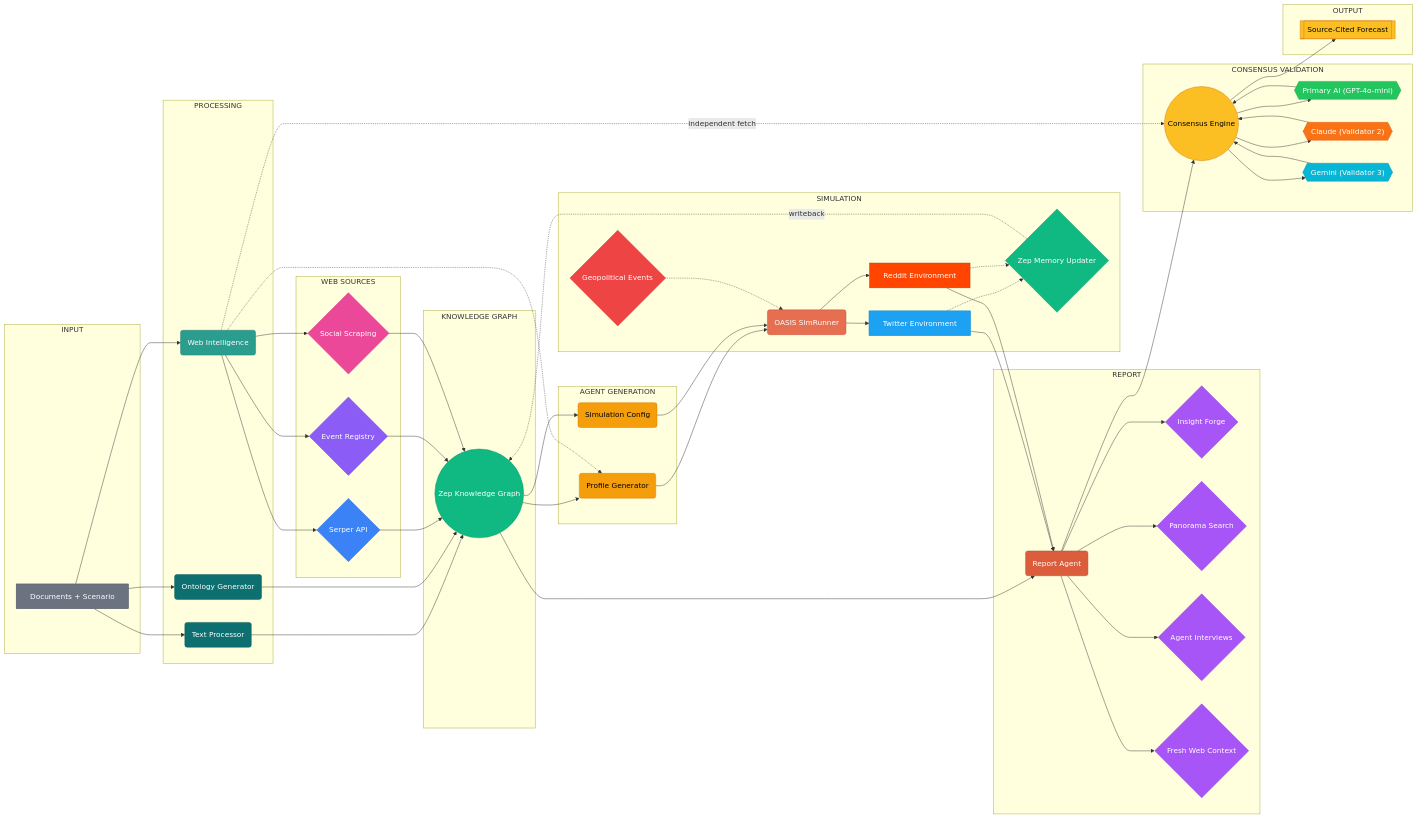
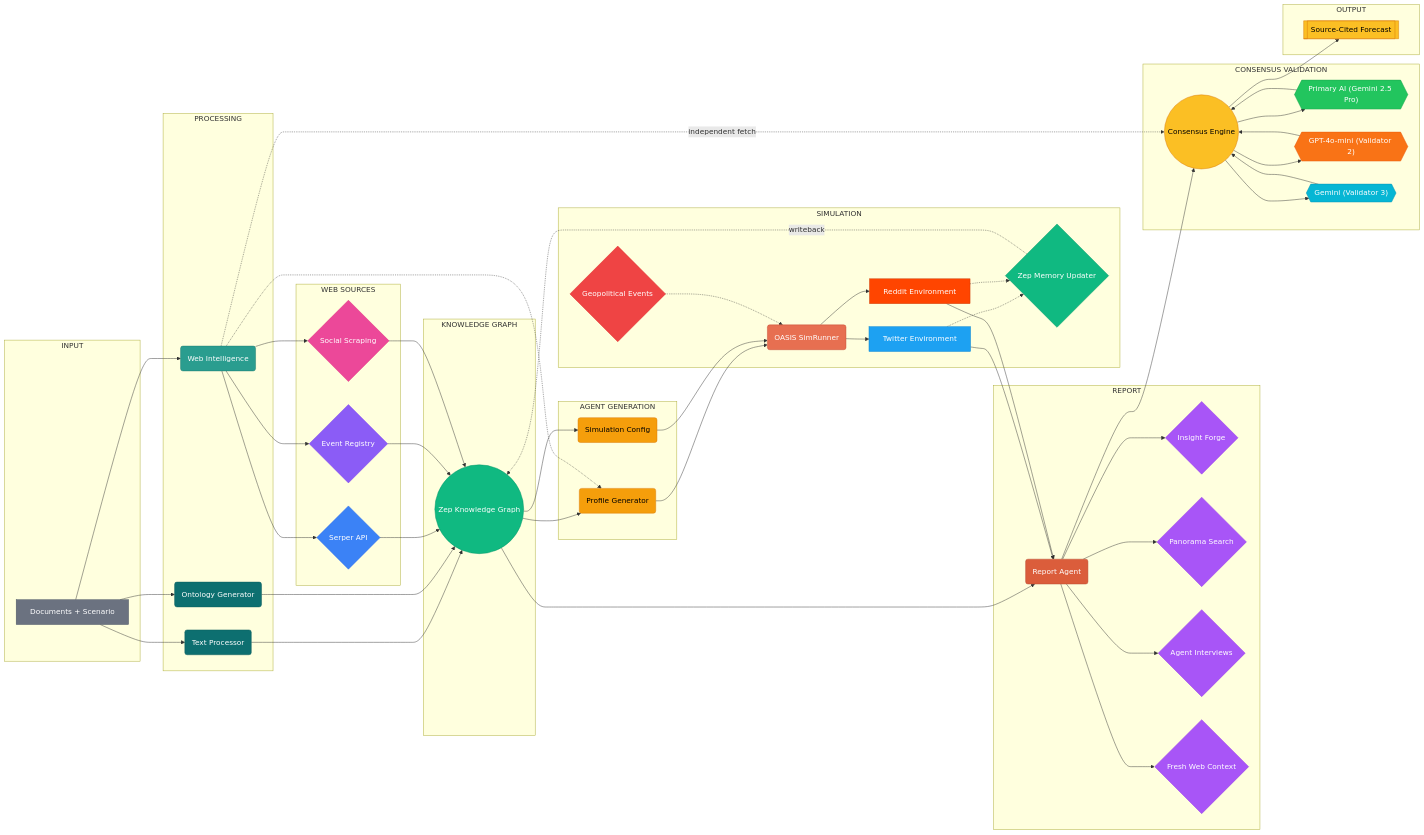
The first of 2 diagrams in README.md (inbharatai/phoring), drawn with Mermaid before and after one commit. The commit also changed other lines of this file and 3 other files, not shown here.

First line of the commit message:
docs(readme+gce): reflect Gemini 2.5 Pro primary + 3-model consensus

```diff
--- a/README.md
+++ b/README.md
@@ -131,8 +135,8 @@
 
     subgraph CONSENSUS["CONSENSUS VALIDATION"]
         consensus(("Consensus Engine"))
-        ai1{{"Primary AI (GPT-4o-mini)"}}
-        ai2{{"Claude (Validator 2)"}}
+        ai1{{"Primary AI (Gemini 2.5 Pro)"}}
+        ai2{{"GPT-4o-mini (Validator 2)"}}
         ai3{{"Gemini (Validator 3)"}}
     end
 
```
